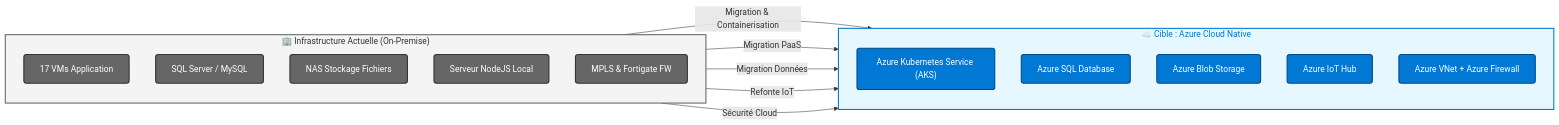
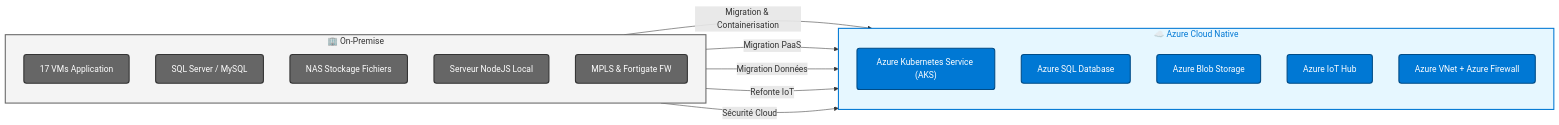
Before and after one commit to ilyessalmi/Data-Engineering-Projects: the diagram in 01-Migration-Cloud-Architecture/README.md, drawn with Mermaid.

Commit message:
Update README for On-Premise and Azure sections

````diff
--- a/01-Migration-Cloud-Architecture/README.md
+++ b/01-Migration-Cloud-Architecture/README.md
@@ -32,38 +32,38 @@
 ```mermaid
 graph LR
     %% Styles Definitions
     classDef azure fill:#0078D4,stroke:#004C87,stroke-width:2px,color:#fff,rx:5,ry:5;
     classDef onprem fill:#666,stroke:#333,stroke-width:2px,color:#fff,rx:5,ry:5;
     classDef migration fill:#fff,stroke:#999,stroke-width:1px,stroke-dasharray: 5 5,color:#333;
 
     %% On-Premise Subgraph
-    subgraph On_Premise ["🏢 Infrastructure Actuelle (On-Premise)"]
+    subgraph On_Premise ["🏢 On-Premise"]
         direction TB
         ServerApp["17 VMs Application"]:::onprem
         DB_SQL["SQL Server / MySQL"]:::onprem
         NAS["NAS Stockage Fichiers"]:::onprem
         IoT_Local["Serveur NodeJS Local"]:::onprem
         Network_Local["MPLS & Fortigate FW"]:::onprem
     end
 
     %% Azure Subgraph
-    subgraph Azure_Target ["☁️ Cible : Azure Cloud Native"]
+    subgraph Azure_Target ["☁️ Azure Cloud Native"]
         direction TB
         AKS["Azure Kubernetes Service (AKS)"]:::azure
         AzSQL["Azure SQL Database"]:::azure
         Blob["Azure Blob Storage"]:::azure
         IoTHub["Azure IoT Hub"]:::azure
         AzNet["Azure VNet + Azure Firewall"]:::azure
     end
 
     %% Connections
     ServerApp -->|Migration & Containerisation| AKS
     DB_SQL -->|Migration PaaS| AzSQL
     NAS -->|Migration Données| Blob
     IoT_Local -->|Refonte IoT| IoTHub
     Network_Local -->|Sécurité Cloud| AzNet
 
     %% Subgraph Styling
     style On_Premise fill:#f4f4f4,stroke:#666,stroke-width:2px,color:#333
     style Azure_Target fill:#e6f7ff,stroke:#0078D4,stroke-width:2px,color:#0078D4
 ```
````
